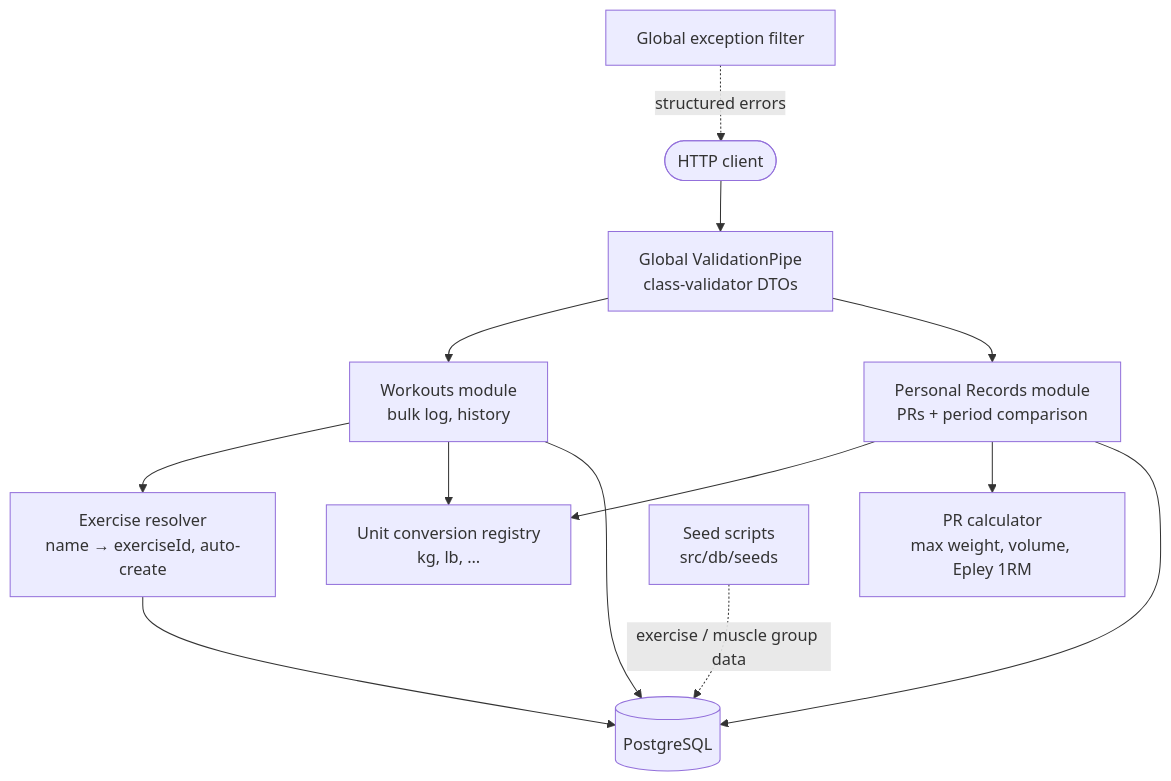
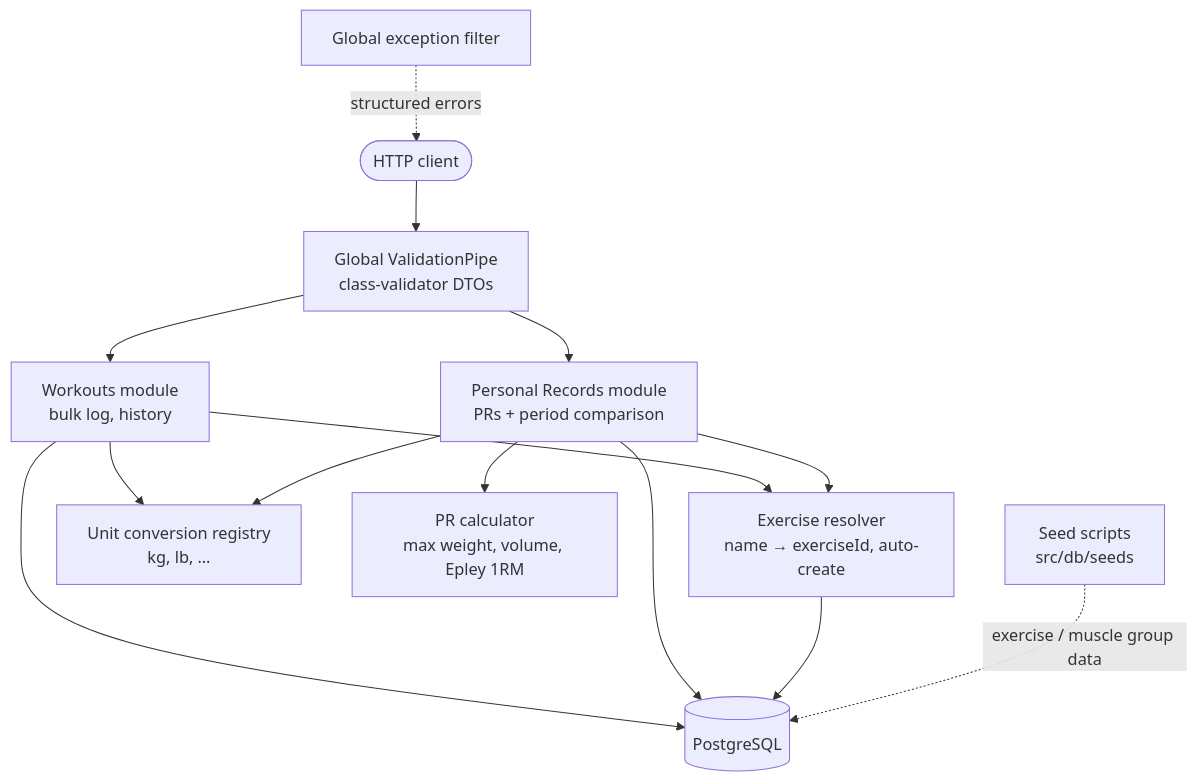
Before and after one commit to nGuyet2712/fitness-app: the first of 2 diagrams in README.md, drawn with Mermaid. The commit also changed 8 other files, not shown here.

````diff
--- a/README.md
+++ b/README.md
@@ -19,18 +19,19 @@
 ```mermaid
 flowchart TD
     Client([HTTP client]) --> Pipe[Global ValidationPipe<br/>class-validator DTOs]
     Pipe --> WC[Workouts module<br/>bulk log, history]
     Pipe --> PC[Personal Records module<br/>PRs + period comparison]
 
     WC --> ER[Exercise resolver<br/>name → exerciseId, auto-create]
     WC --> UC[Unit conversion registry<br/>kg, lb, …]
     PC --> UC
+    PC --> ER
     PC --> PRC[PR calculator<br/>max weight, volume, Epley 1RM]
 
     WC --> DB[(PostgreSQL)]
     PC --> DB
     ER --> DB
 
     Seeds[Seed scripts<br/>src/db/seeds] -. exercise / muscle group data .-> DB
     Filter[Global exception filter] -. structured errors .-> Client
 ```
````
